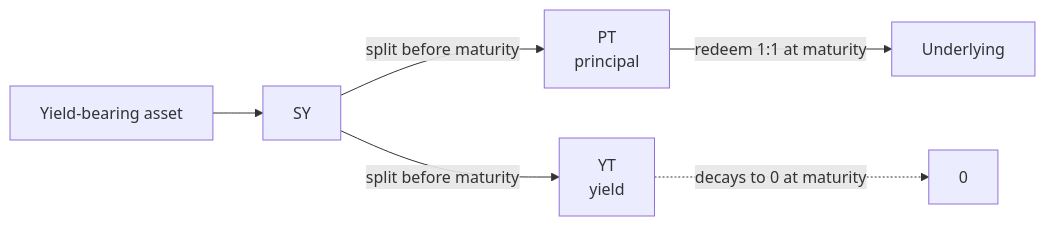
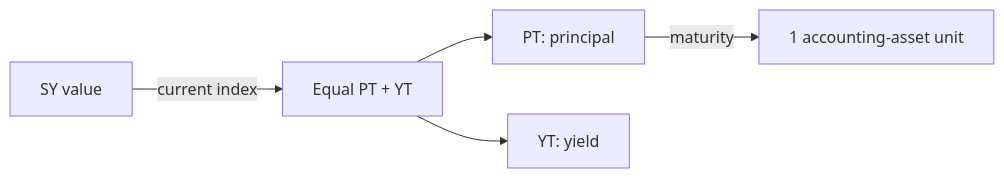
Before and after one commit to ggmatch-mod/open-pendle: the diagram in docs-site/concepts/principal-tokens.md, drawn with Mermaid. The commit also changed other lines of this file and 74 other files, not shown here.

````diff
--- a/docs-site/concepts/principal-tokens.md
+++ b/docs-site/concepts/principal-tokens.md
@@ -18,8 +13,7 @@
 ```mermaid
 flowchart LR
-  A[Yield-bearing asset] --> B[SY]
-  B -->|split before maturity| C[PT<br/>principal]
-  B -->|split before maturity| D[YT<br/>yield]
-  C -->|redeem 1:1 at maturity| E[Underlying]
-  D -.->|decays to 0 at maturity| F[0]
+  SY[SY value] -->|current index| PY[Equal PT + YT]
+  PY --> PT[PT: principal]
+  PY --> YT[YT: yield]
+  PT -->|maturity| A[1 accounting-asset unit]
 ```
````
